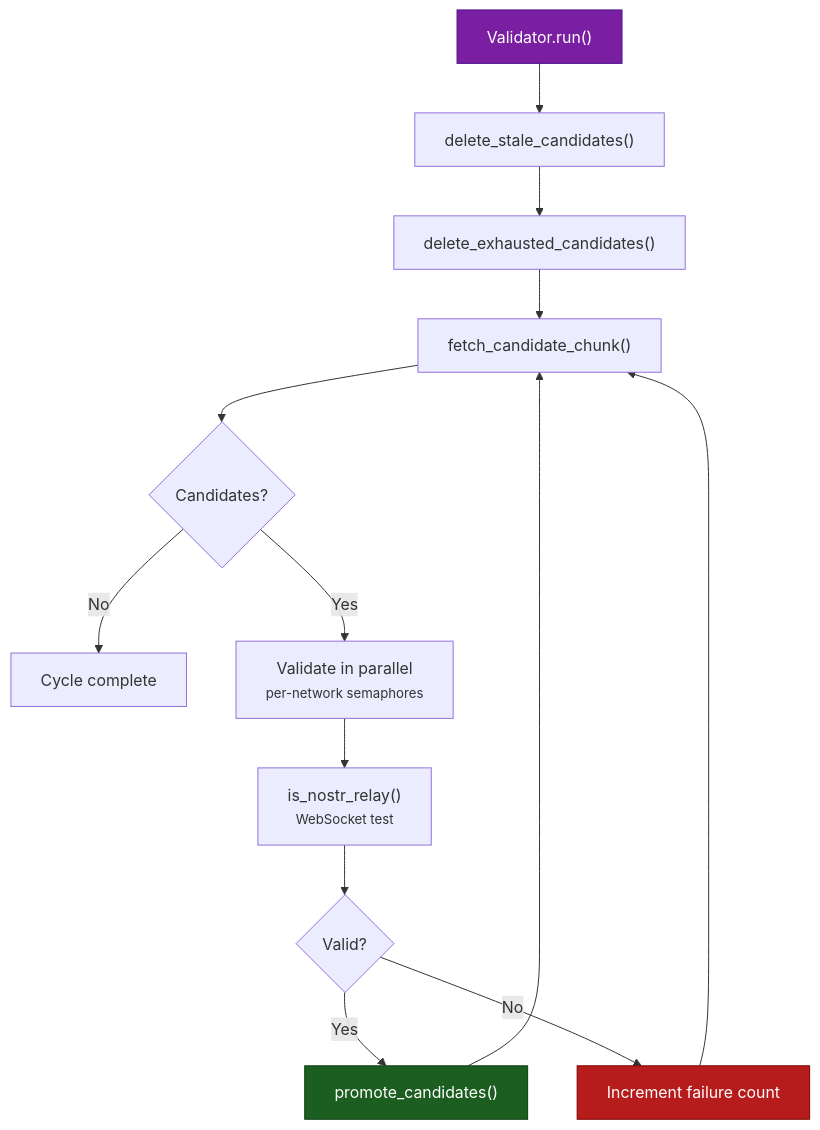
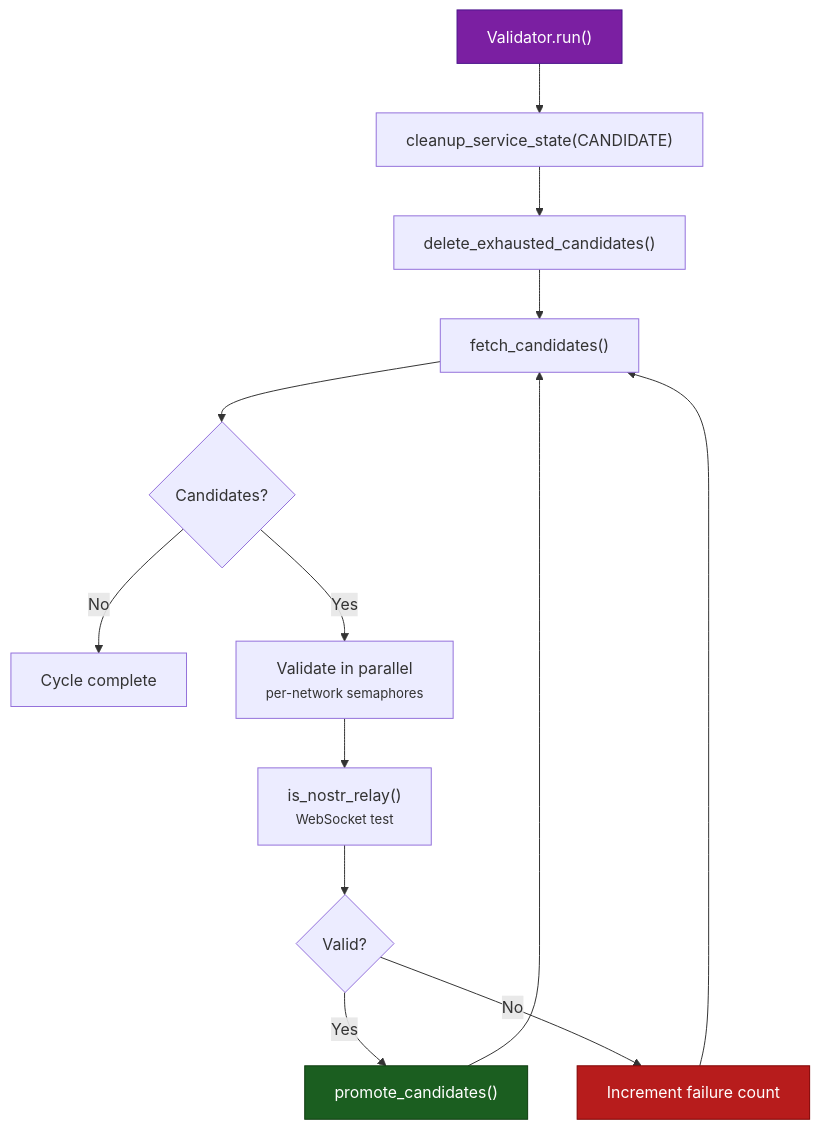
Before and after one commit to BigBrotr/bigbrotr: the third of 5 diagrams in docs/user-guide/services.md, drawn with Mermaid. The commit also changed other lines of this file and 48 other files, not shown here.

````diff
--- a/docs/user-guide/services.md
+++ b/docs/user-guide/services.md
@@ -182,19 +182,19 @@
 ```mermaid
 flowchart TD
-    A["Validator.run()"] --> B["delete_stale_candidates()"]
+    A["Validator.run()"] --> B["cleanup_service_state(CANDIDATE)"]
     B --> C["delete_exhausted_candidates()"]
-    C --> D["fetch_candidate_chunk()"]
+    C --> D["fetch_candidates()"]
     D --> E{Candidates?}
     E -->|No| F["Cycle complete"]
     E -->|Yes| G["Validate in parallel<br/><small>per-network semaphores</small>"]
     G --> H["is_nostr_relay()<br/><small>WebSocket test</small>"]
     H --> I{Valid?}
     I -->|Yes| J["promote_candidates()"]
     I -->|No| K["Increment failure count"]
     J --> D
     K --> D
 
     style A fill:#7B1FA2,color:#fff,stroke:#4A148C
     style J fill:#1B5E20,color:#fff,stroke:#0D3B0F
     style K fill:#B71C1C,color:#fff,stroke:#7F0000
 ```
````
